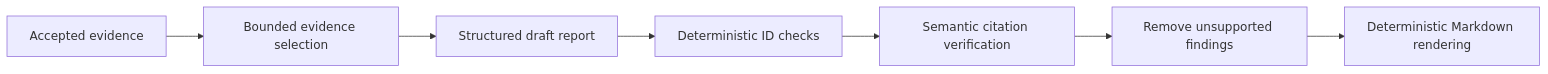
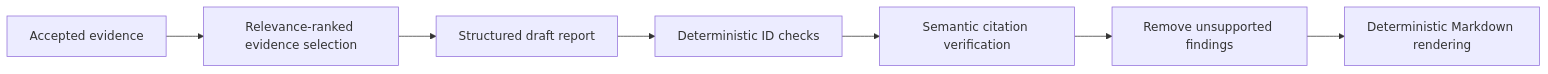
One commit to Ishwaridutt/deep-research-agent changed the ninth of 11 diagrams in readme.md. Above: the diagram before and after it, drawn with Mermaid. The commit also changed other lines of this file and 43 other files, not shown here.

````diff
--- a/readme.md
+++ b/readme.md
@@ -441,12 +453,12 @@
 ```mermaid
 flowchart LR
     Evidence[Accepted evidence]
-    Select[Bounded evidence selection]
+    Select[Relevance-ranked evidence selection]
     Draft[Structured draft report]
     References[Deterministic ID checks]
     Semantic[Semantic citation verification]
     Filter[Remove unsupported findings]
     Render[Deterministic Markdown rendering]
 
     Evidence --> Select --> Draft --> References --> Semantic --> Filter --> Render
 ```
````
